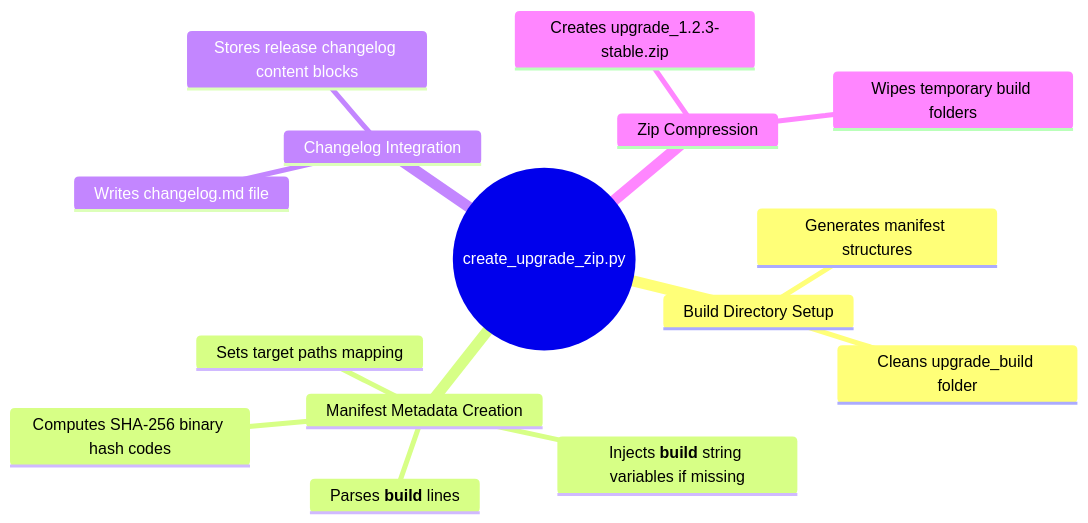
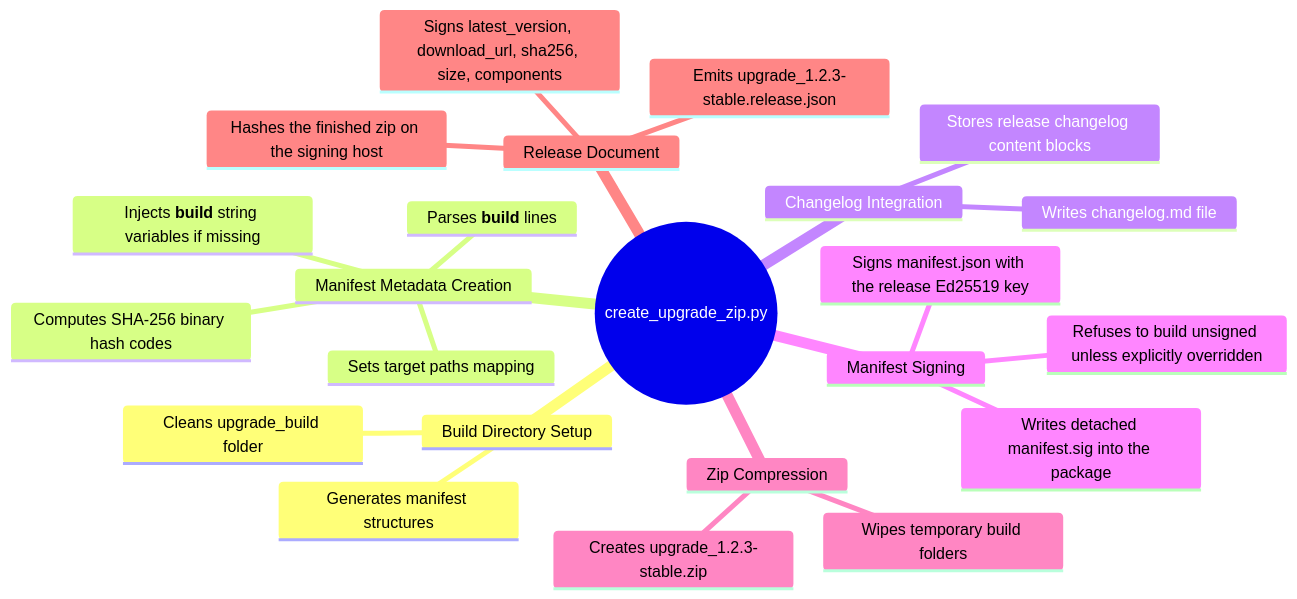
The diagram in docs/create_upgrade_zip_technical.md (AuroraRyunix/Helios-HCI), drawn with Mermaid before and after one commit. The commit also changed other lines of this file and 12 other files, not shown here.

````diff
--- a/docs/create_upgrade_zip_technical.md
+++ b/docs/create_upgrade_zip_technical.md
@@ -7,18 +7,26 @@
 ```mermaid
 mindmap
   root((create_upgrade_zip.py))
     Build Directory Setup
       Cleans upgrade_build folder
       Generates manifest structures
     Manifest Metadata Creation
       Parses __build__ lines
       Injects __build__ string variables if missing
       Sets target paths mapping
       Computes SHA-256 binary hash codes
     Changelog Integration
       Writes changelog.md file
       Stores release changelog content blocks
+    Manifest Signing
+      Signs manifest.json with the release Ed25519 key
+      Writes detached manifest.sig into the package
+      Refuses to build unsigned unless explicitly overridden
     Zip Compression
       Creates upgrade_1.2.3-stable.zip
       Wipes temporary build folders
+    Release Document
+      Hashes the finished zip on the signing host
+      Signs latest_version, download_url, sha256, size, components
+      Emits upgrade_1.2.3-stable.release.json
 ```
````
